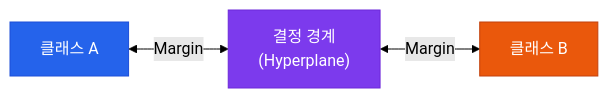
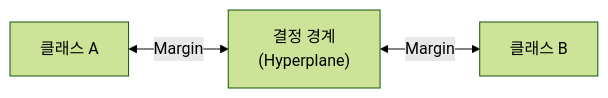
One commit to jeonck/ai-eng changed the first of 2 diagrams in docs/infrastructure/models/svm.md. Above: the diagram before and after it, drawn with Mermaid (forest theme). The commit also changed other lines of this file and 15 other files, not shown here.

````diff
--- a/docs/infrastructure/models/svm.md
+++ b/docs/infrastructure/models/svm.md
@@ -10,9 +10,5 @@
 ```mermaid
 graph LR
-    A1["클래스 A"] <-->|"Margin"| B1["결정 경계<br/>(Hyperplane)"]
+    A1["클래스 A"] <-->|"Margin"| B1["결정 경계\n(Hyperplane)"]
     B1 <-->|"Margin"| C1["클래스 B"]
-
-    style A1 fill:#2563EB,stroke:#1D4ED8,color:#fff
-    style B1 fill:#7C3AED,stroke:#6D28D9,color:#fff
-    style C1 fill:#EA580C,stroke:#C2410C,color:#fff
 ```
````
